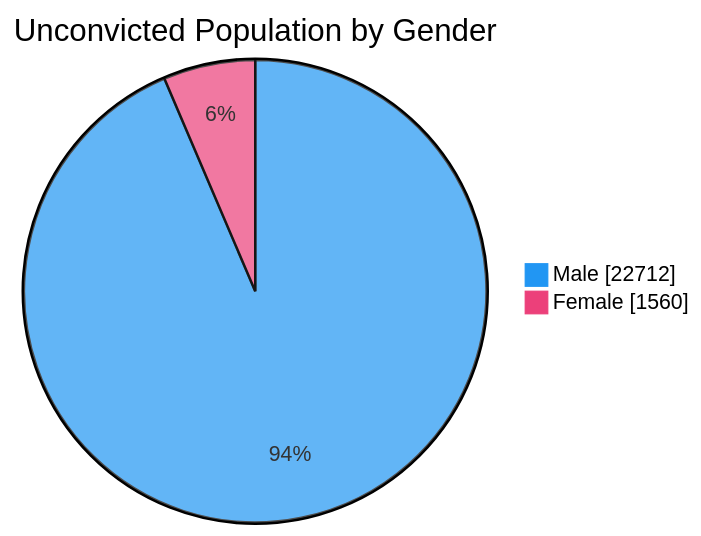
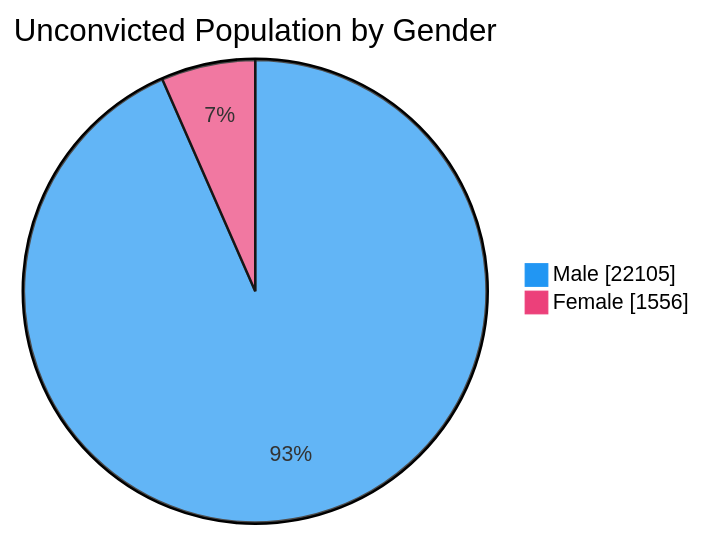
One commit to nuuuwan/lk_prisons changed the fourth of 7 diagrams in README.md. Above: the diagram before and after it, drawn with Mermaid. The commit also changed other lines of this file and 1 other file, not shown here.

````diff
--- a/README.md
+++ b/README.md
@@ -76,6 +76,6 @@
 ```mermaid
 %%{init: {'themeVariables': {'pie1': '#2196F3', 'pie2': '#EC407A'}}}%%
 pie showData title Unconvicted Population by Gender
-    "Male" : 22712
-    "Female" : 1560
+    "Male" : 22105
+    "Female" : 1556
 ```
````
